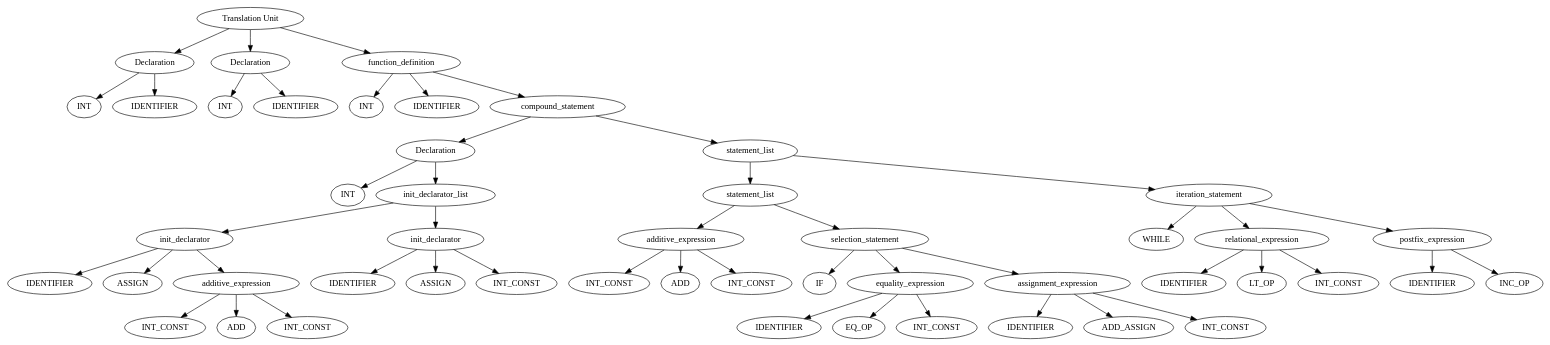
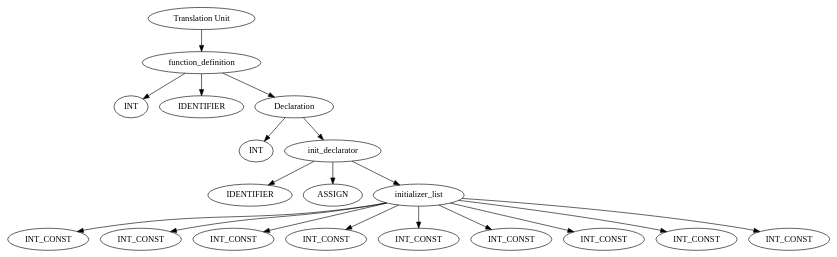
Before and after one commit to matthewbeck1998/bgp: the diagram in bgp/output/treeOut.dot, drawn with Graphviz. The commit also changed 3 other files, not shown here.

Commit message:
Dear Dr. Harris, fixed initializer list start Love, Will

```diff
--- a/bgp/output/treeOut.dot
+++ b/bgp/output/treeOut.dot
@@ -1,101 +1,39 @@
 digraph G {
 0[label = "Translation Unit"];
-0 -> 4
-4[label = "Declaration"];
-4 -> 1
+0 -> 20
+20[label = "function_definition"];
+20 -> 1
 1[label = "INT"];
-4 -> 3
+20 -> 3
 3[label = "IDENTIFIER"];
-0 -> 8
-8[label = "Declaration"];
-8 -> 5
-5[label = "INT"];
+20 -> 19
+19[label = "Declaration"];
+19 -> 4
+4[label = "INT"];
+19 -> 17
+17[label = "init_declarator"];
+17 -> 6
+6[label = "IDENTIFIER"];
+17 -> 18
+18[label = "ASSIGN"];
+17 -> 8
+8[label = "initializer_list"];
 8 -> 7
-7[label = "IDENTIFIER"];
-0 -> 54
-54[label = "function_definition"];
-54 -> 9
-9[label = "INT"];
-54 -> 11
-11[label = "IDENTIFIER"];
-54 -> 53
-53[label = "compound_statement"];
-53 -> 27
-27[label = "Declaration"];
-27 -> 12
-12[label = "INT"];
-27 -> 26
-26[label = "init_declarator_list"];
-26 -> 19
-19[label = "init_declarator"];
-19 -> 14
-14[label = "IDENTIFIER"];
-19 -> 20
-20[label = "ASSIGN"];
-19 -> 17
-17[label = "additive_expression"];
-17 -> 15
+7[label = "INT_CONST"];
+8 -> 9
+9[label = "INT_CONST"];
+8 -> 10
+10[label = "INT_CONST"];
+8 -> 11
+11[label = "INT_CONST"];
+8 -> 12
+12[label = "INT_CONST"];
+8 -> 13
+13[label = "INT_CONST"];
+8 -> 14
+14[label = "INT_CONST"];
+8 -> 15
 15[label = "INT_CONST"];
-17 -> 18
-18[label = "ADD"];
-17 -> 16
+8 -> 16
 16[label = "INT_CONST"];
-26 -> 24
-24[label = "init_declarator"];
-24 -> 22
-22[label = "IDENTIFIER"];
-24 -> 25
-25[label = "ASSIGN"];
-24 -> 23
-23[label = "INT_CONST"];
-53 -> 52
-52[label = "statement_list"];
-52 -> 42
-42[label = "statement_list"];
-42 -> 30
-30[label = "additive_expression"];
-30 -> 28
-28[label = "INT_CONST"];
-30 -> 31
-31[label = "ADD"];
-30 -> 29
-29[label = "INT_CONST"];
-42 -> 40
-40[label = "selection_statement"];
-40 -> 41
-41[label = "IF"];
-40 -> 34
-34[label = "equality_expression"];
-34 -> 32
-32[label = "IDENTIFIER"];
-34 -> 35
-35[label = "EQ_OP"];
-34 -> 33
-33[label = "INT_CONST"];
-40 -> 39
-39[label = "assignment_expression"];
-39 -> 36
-36[label = "IDENTIFIER"];
-39 -> 37
-37[label = "ADD_ASSIGN"];
-39 -> 38
-38[label = "INT_CONST"];
-52 -> 50
-50[label = "iteration_statement"];
-50 -> 51
-51[label = "WHILE"];
-50 -> 45
-45[label = "relational_expression"];
-45 -> 43
-43[label = "IDENTIFIER"];
-45 -> 46
-46[label = "LT_OP"];
-45 -> 44
-44[label = "INT_CONST"];
-50 -> 48
-48[label = "postfix_expression"];
-48 -> 47
-47[label = "IDENTIFIER"];
-48 -> 49
-49[label = "INC_OP"];
 }
```
